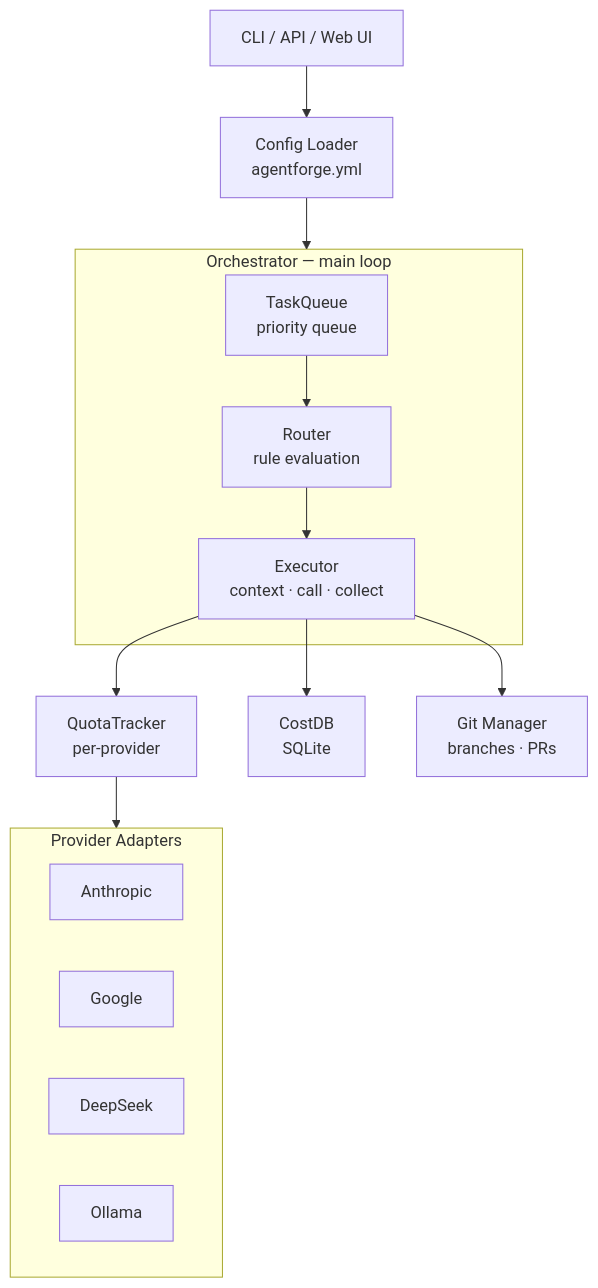
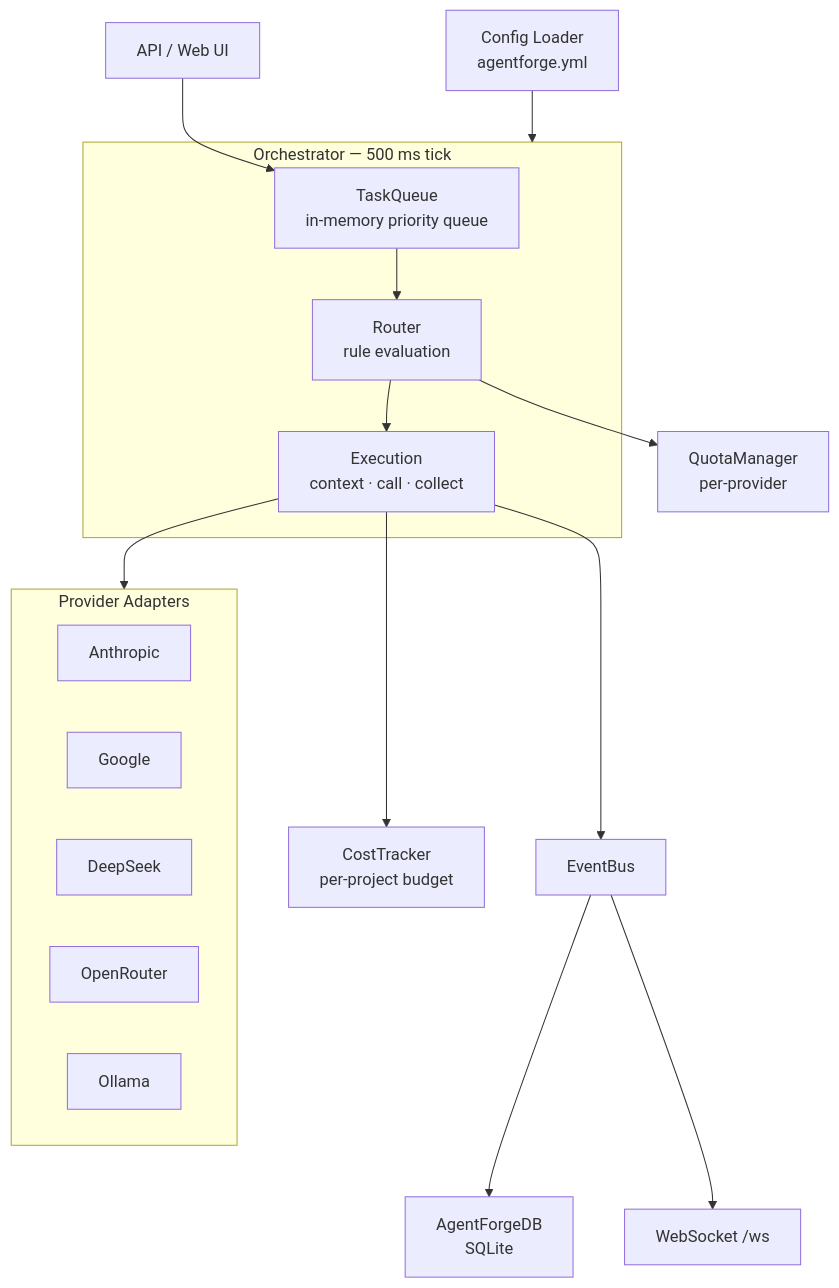
The first of 5 diagrams in docs/architecture.md (sinsonido/agentforge), drawn with Mermaid before and after one commit. The commit also changed other lines of this file and 11 other files, not shown here.

````diff
--- a/docs/architecture.md
+++ b/docs/architecture.md
@@ -13,29 +17,32 @@
 ```mermaid
 flowchart TD
-    UI["CLI / API / Web UI"]
+    UI["API / Web UI"]
     CF["Config Loader\nagentforge.yml"]
-    UI --> CF
 
-    subgraph ORC["Orchestrator — main loop"]
-        TQ["TaskQueue\npriority queue"]
+    subgraph ORC["Orchestrator — 500 ms tick"]
+        TQ["TaskQueue\nin-memory priority queue"]
         RT["Router\nrule evaluation"]
-        EX["Executor\ncontext · call · collect"]
+        EX["Execution\ncontext · call · collect"]
         TQ --> RT --> EX
     end
 
+    UI --> TQ
     CF --> ORC
 
-    EX --> QT["QuotaTracker\nper-provider"]
-    EX --> DB["CostDB\nSQLite"]
-    EX --> GM["Git Manager\nbranches · PRs"]
+    RT --> QT["QuotaManager\nper-provider"]
+    EX --> CT["CostTracker\nper-project budget"]
+    EX --> EB["EventBus"]
+    EB --> DB["AgentForgeDB\nSQLite"]
+    EB --> WS["WebSocket /ws"]
 
     subgraph P["Provider Adapters"]
         direction LR
         AN["Anthropic"]
         GO["Google"]
         DS["DeepSeek"]
+        OR["OpenRouter"]
         OL["Ollama"]
     end
 
-    QT --> P
+    EX --> P
 ```
````
